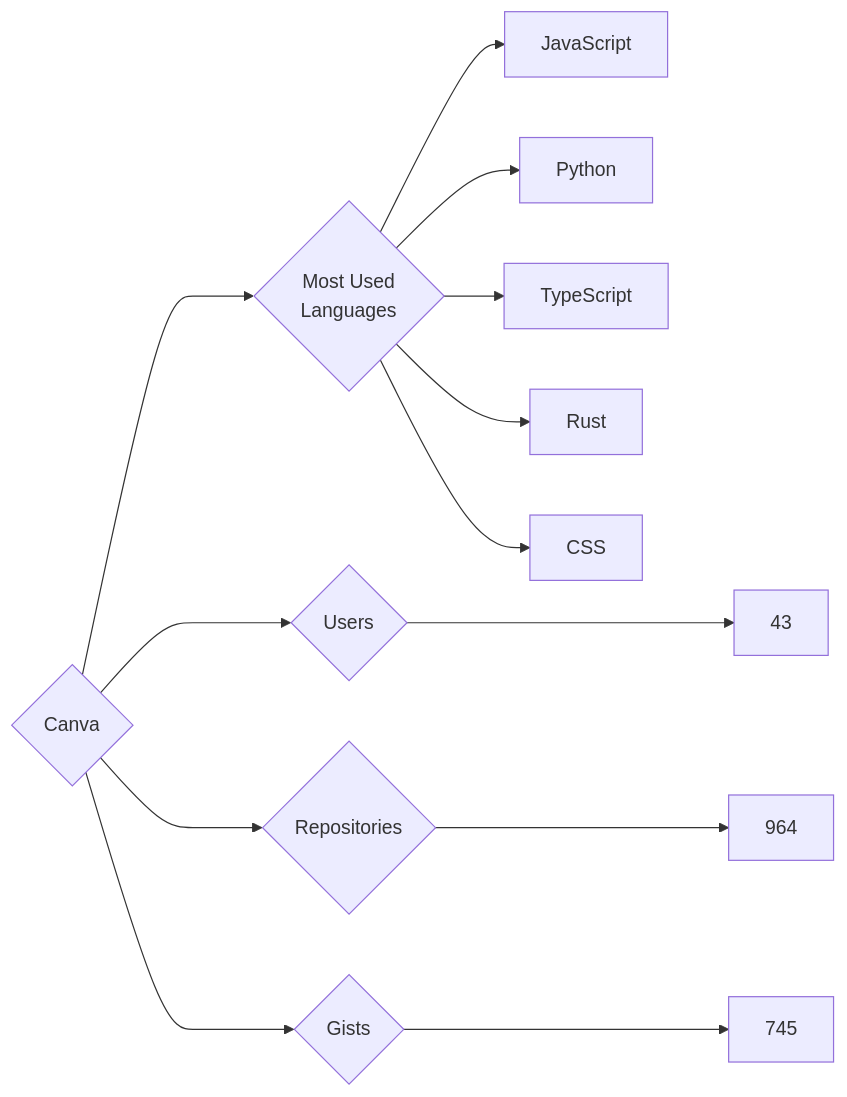
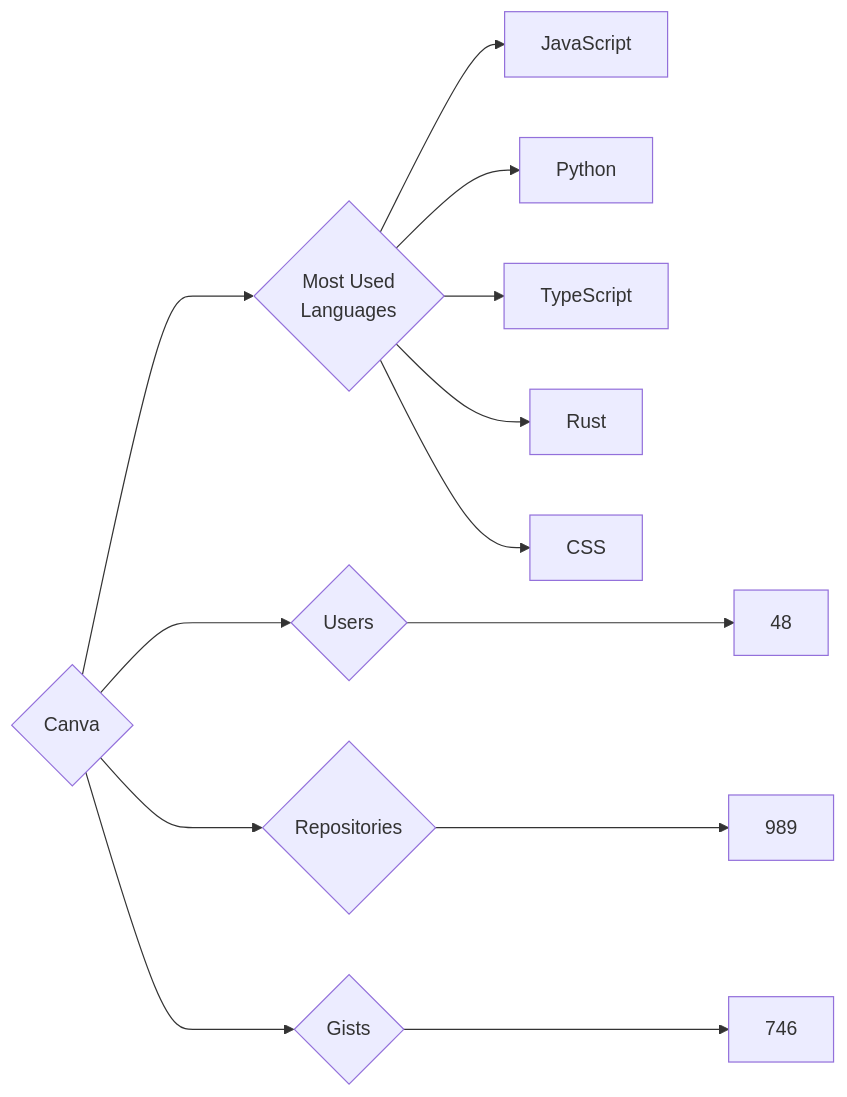
One commit to trickest/insiders changed the diagram in targets/Canva/README.md. Above: the diagram before and after it, drawn with Mermaid. The commit also changed 861 other files, not shown here.

````diff
--- a/targets/Canva/README.md
+++ b/targets/Canva/README.md
@@ -3,13 +3,13 @@
 ```mermaid
 graph LR
 COMPANY_NAME{Canva}
-COMPANY_NAME ---> U{Users} ---> UN[43]
-COMPANY_NAME ---> R{Repositories} ---> RN[964]
-COMPANY_NAME ---> G{Gists} ---> GN[745]
+COMPANY_NAME ---> U{Users} ---> UN[48]
+COMPANY_NAME ---> R{Repositories} ---> RN[989]
+COMPANY_NAME ---> G{Gists} ---> GN[746]
 COMPANY_NAME ---> ML{Most Used<br>Languages}
 ML --> JavaScript[JavaScript]
 ML --> Python[Python]
 ML --> TypeScript[TypeScript]
 ML --> Rust[Rust]
 ML --> CSS[CSS]
 ```
````
